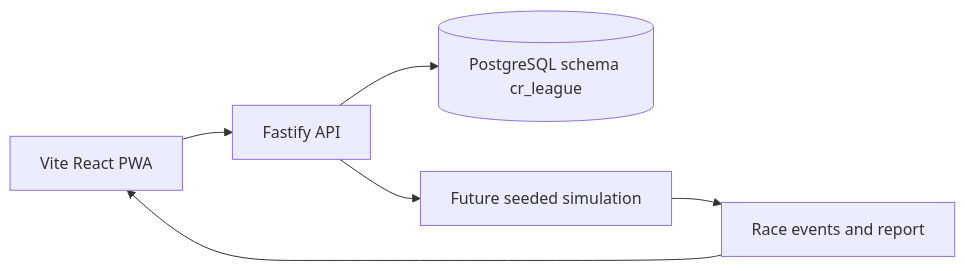
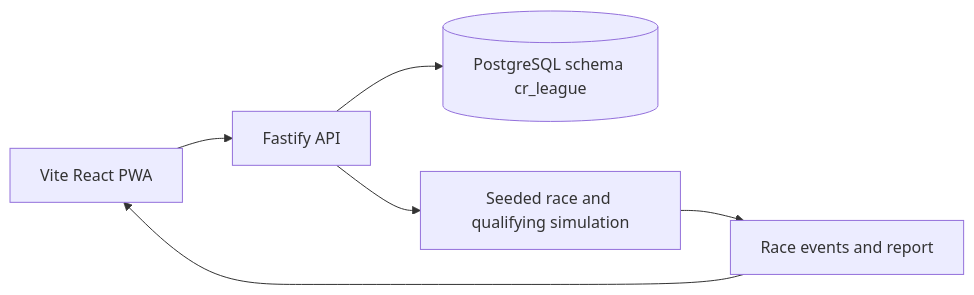
One commit to AlexAgo83/cr-league changed the diagram in README.md. Above: the diagram before and after it, drawn with Mermaid. The commit also changed other lines of this file and 8 other files, not shown here.

Commit message:
Refresh docs and roadmap state

````diff
--- a/README.md
+++ b/README.md
@@ -7,8 +7,8 @@
 ```mermaid
 flowchart LR
   Web[Vite React PWA] --> API[Fastify API]
   API --> DB[(PostgreSQL schema cr_league)]
-  API --> Sim[Future seeded simulation]
+  API --> Sim[Seeded race and qualifying simulation]
   Sim --> Events[Race events and report]
   Events --> Web
 ```
````
